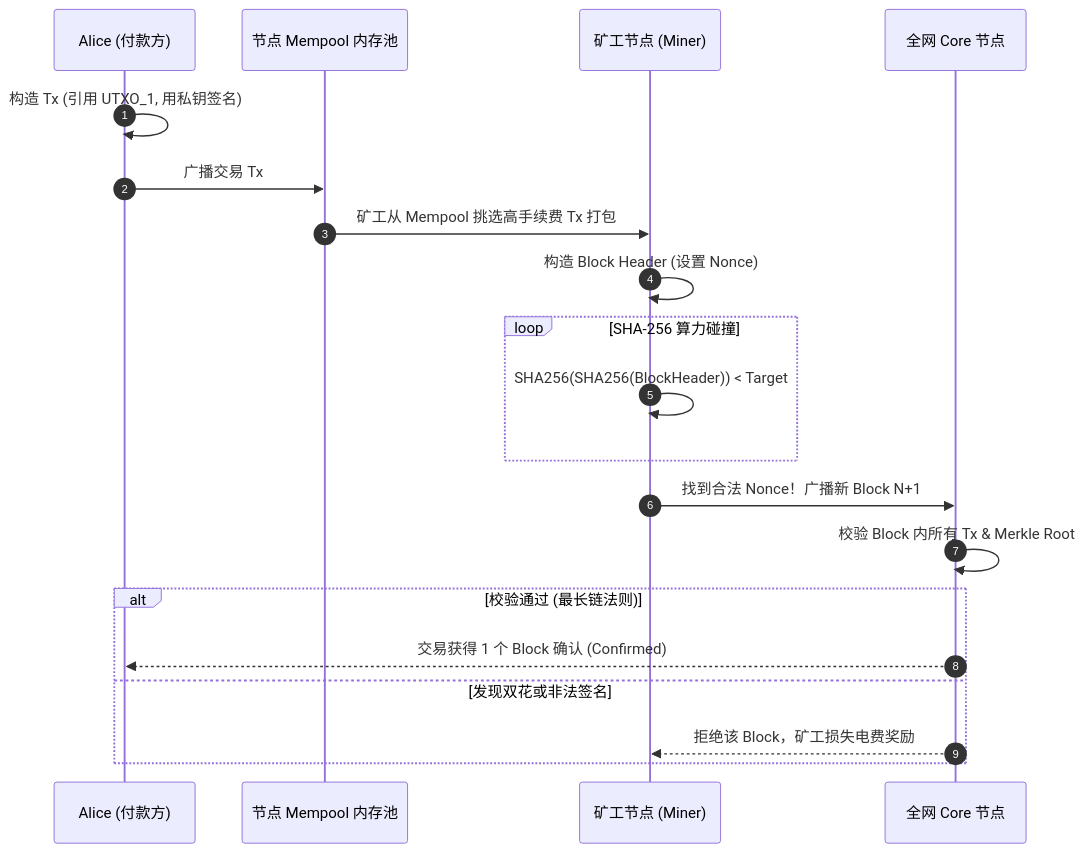
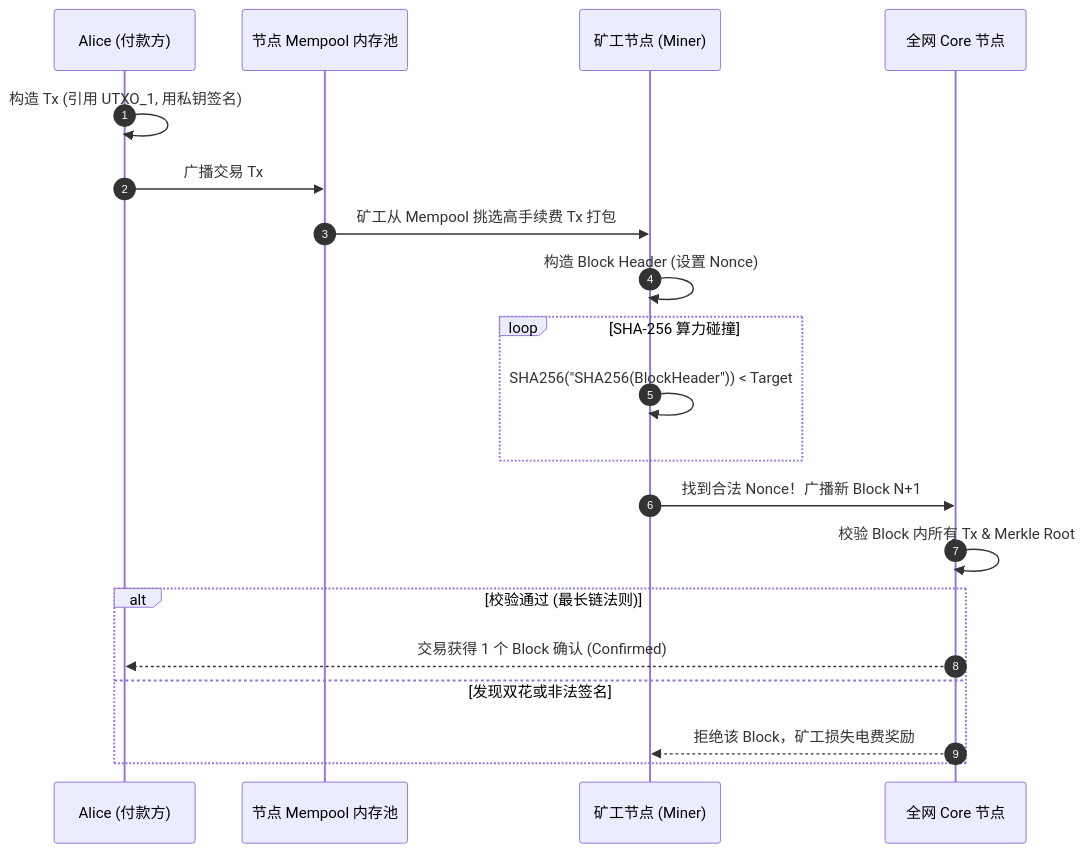
Before and after one commit to koosai/AI-Architect-Learning: the third of 5 diagrams in docs/atlas/bitcoin.mdx, drawn with Mermaid. The commit also changed other lines of this file and 187 other files, not shown here.

Commit message:
fix(mermaid): fix all unquoted parens and edge label syntax errors across all docs

````diff
--- a/docs/atlas/bitcoin.mdx
+++ b/docs/atlas/bitcoin.mdx
@@ -116,25 +116,25 @@
 ```mermaid
 sequenceDiagram
   autonumber
   participant Alice as Alice (付款方)
   participant Mempool as 节点 Mempool 内存池
   participant Miner as 矿工节点 (Miner)
   participant Network as 全网 Core 节点
 
   Alice->>Alice: 构造 Tx (引用 UTXO_1, 用私钥签名)
   Alice->>Mempool: 广播交易 Tx
   Mempool->>Miner: 矿工从 Mempool 挑选高手续费 Tx 打包
 
   Miner->>Miner: 构造 Block Header (设置 Nonce)
   loop SHA-256 算力碰撞
-    Miner->>Miner: SHA256(SHA256(BlockHeader)) < Target
+    Miner->>Miner: SHA256("SHA256(BlockHeader")) < Target
   end
   Miner->>Network: 找到合法 Nonce！广播新 Block N+1
 
   Network->>Network: 校验 Block 内所有 Tx & Merkle Root
   alt 校验通过 (最长链法则)
     Network-->>Alice: 交易获得 1 个 Block 确认 (Confirmed)
   else 发现双花或非法签名
     Network-->>Miner: 拒绝该 Block，矿工损失电费奖励
   end
 ```
````
